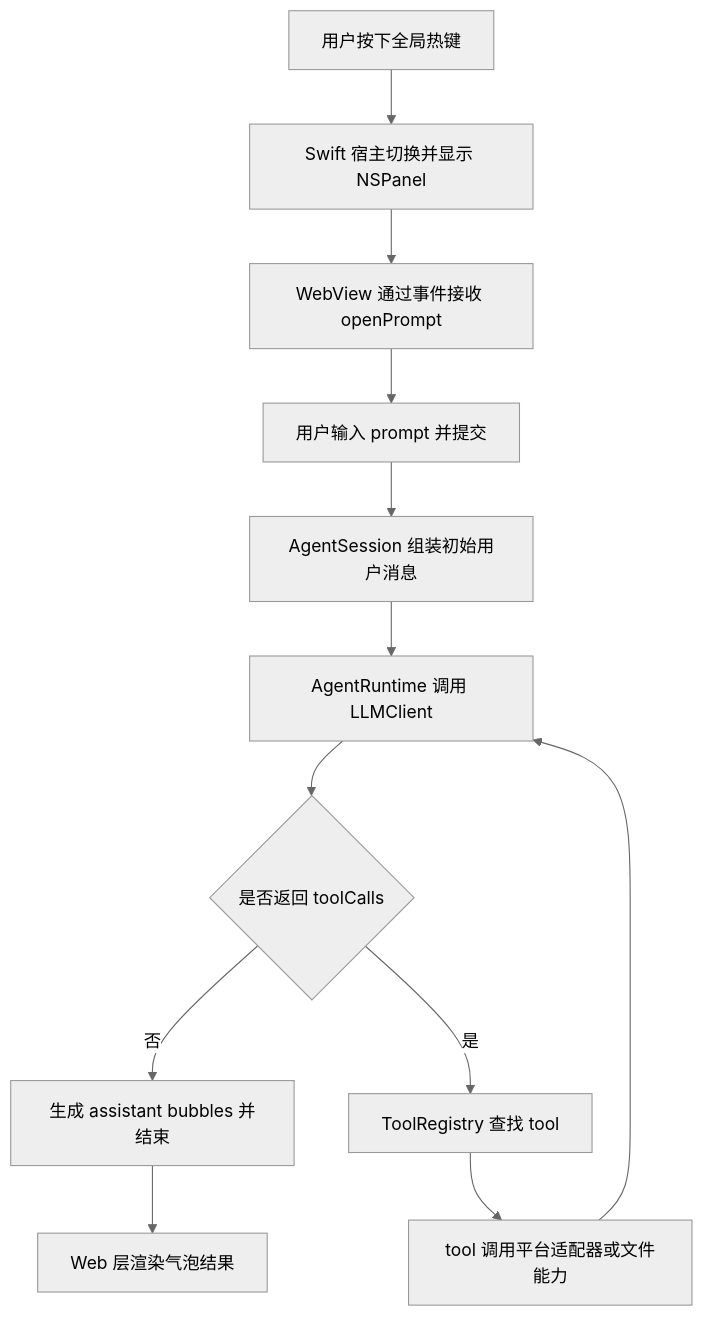
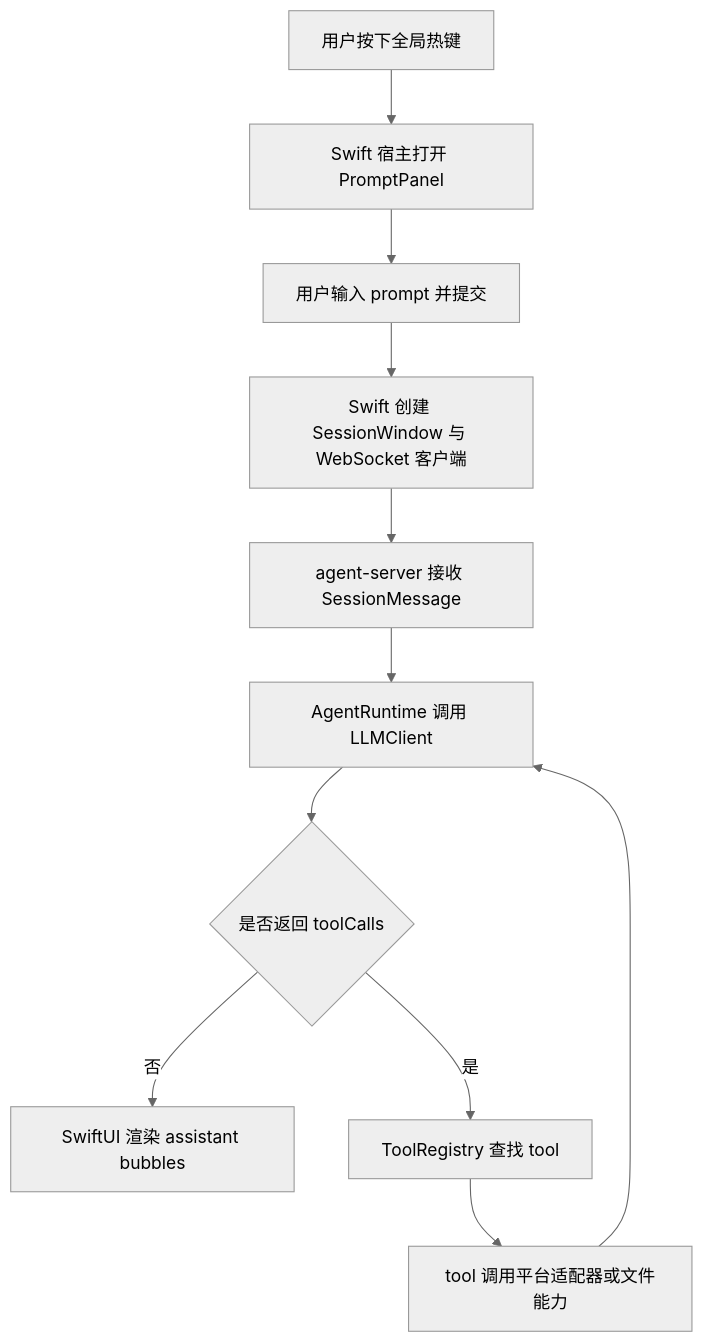
One commit to Lixuhang987/SpotAgent changed the diagram in AGENTS.md. Above: the diagram before and after it, drawn with Mermaid (neutral theme). The commit also changed other lines of this file and 5 other files, not shown here.

````diff
--- a/AGENTS.md
+++ b/AGENTS.md
@@ -63,14 +63,13 @@
 ```mermaid
 flowchart TD
-  A[用户按下全局热键] --> B[Swift 宿主切换并显示 NSPanel]
-  B --> C[WebView 通过事件接收 openPrompt]
-  C --> D[用户输入 prompt 并提交]
-  D --> E[AgentSession 组装初始用户消息]
+  A[用户按下全局热键] --> B[Swift 宿主打开 PromptPanel]
+  B --> C[用户输入 prompt 并提交]
+  C --> D[Swift 创建 SessionWindow 与 WebSocket 客户端]
+  D --> E[agent-server 接收 SessionMessage]
   E --> F[AgentRuntime 调用 LLMClient]
   F --> G{是否返回 toolCalls}
-  G -- 否 --> H[生成 assistant bubbles 并结束]
+  G -- 否 --> H[SwiftUI 渲染 assistant bubbles]
   G -- 是 --> I[ToolRegistry 查找 tool]
   I --> J[tool 调用平台适配器或文件能力]
   J --> F
-  H --> K[Web 层渲染气泡结果]
 ```
````
